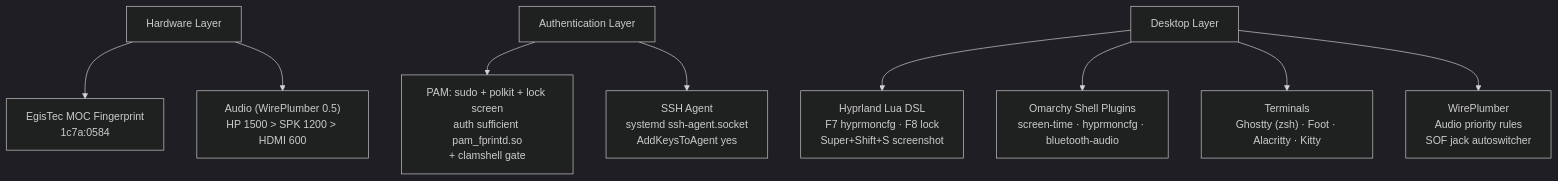
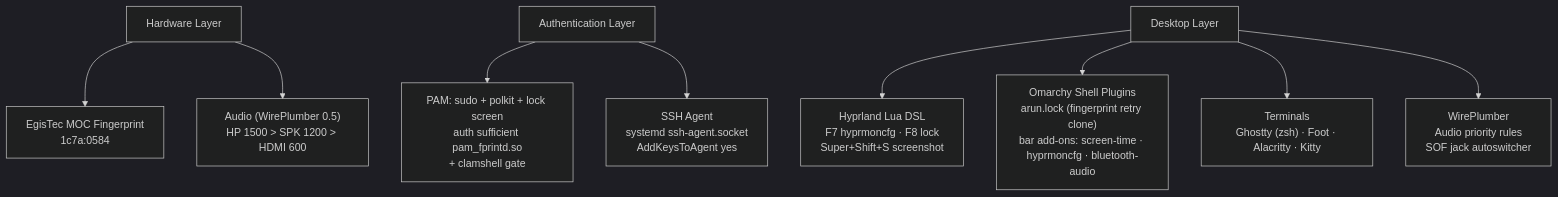
One commit to dev-learner-supreme/omarchy-quattro-dotfiles changed the diagram in SETUP_AND_ARCHITECTURE.md. Above: the diagram before and after it, drawn with Mermaid (dark theme). The commit also changed other lines of this file and 12 other files, not shown here.

````diff
--- a/SETUP_AND_ARCHITECTURE.md
+++ b/SETUP_AND_ARCHITECTURE.md
@@ -20,11 +23,11 @@
 ```mermaid
 graph TD
   A["Hardware Layer"] --> B["EgisTec MOC Fingerprint<br/>1c7a:0584"]
   A --> C["Audio (WirePlumber 0.5)<br/>HP 1500 > SPK 1200 > HDMI 600"]
   D["Authentication Layer"] --> E["PAM: sudo + polkit + lock screen<br/>auth sufficient pam_fprintd.so<br/>+ clamshell gate"]
   D --> F["SSH Agent<br/>systemd ssh-agent.socket<br/>AddKeysToAgent yes"]
   G["Desktop Layer"] --> H["Hyprland Lua DSL<br/>F7 hyprmoncfg · F8 lock<br/>Super+Shift+S screenshot"]
-  G --> I["Omarchy Shell Plugins<br/>screen-time · hyprmoncfg · bluetooth-audio"]
+  G --> I["Omarchy Shell Plugins<br/>arun.lock (fingerprint retry clone)<br/>bar add-ons: screen-time · hyprmoncfg · bluetooth-audio"]
   G --> J["Terminals<br/>Ghostty (zsh) · Foot · Alacritty · Kitty"]
   G --> K["WirePlumber<br/>Audio priority rules<br/>SOF jack autoswitcher"]
 ```
````
